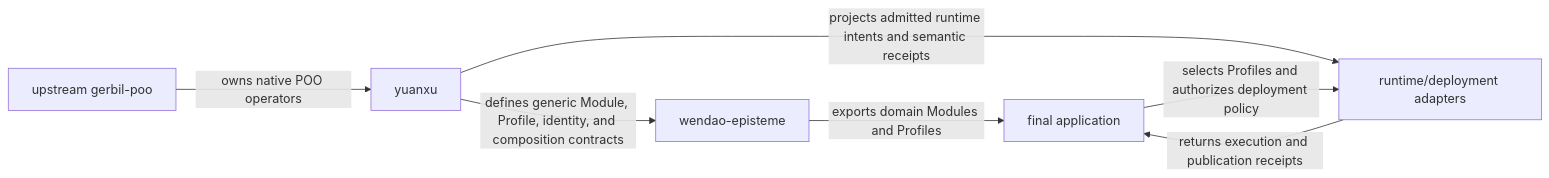
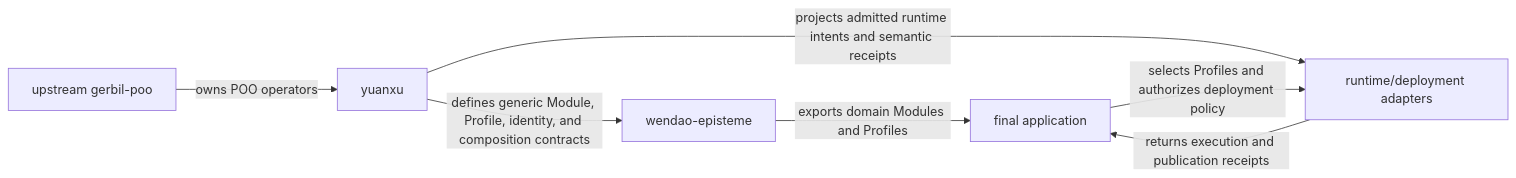
Before and after one commit to tao3k/gebril-yuanxu: the third of 3 diagrams in module-system/design/45-111-profile-ownership-naming-export-identity-and-composition-repository-boundaries.org, drawn with Mermaid. The commit also changed other lines of this file and 1469 other files, not shown here.

```diff
--- a/module-system/design/45-111-profile-ownership-naming-export-identity-and-composition-repository-boundaries.org
+++ b/module-system/design/45-111-profile-ownership-naming-export-identity-and-composition-repository-boundaries.org
@@ -541,9 +541,9 @@
 #+begin_src mermaid
 flowchart LR
-  P["upstream gerbil-poo"] -->|"owns native POO operators"| C["yuanxu"]
+  P["upstream gerbil-poo"] -->|"owns POO operators"| C["yuanxu"]
   C -->|"defines generic Module, Profile, identity, and composition contracts"| W["wendao-episteme"]
   W -->|"exports domain Modules and Profiles"| A["final application"]
   C -->|"projects admitted runtime intents and semantic receipts"| R["runtime/deployment adapters"]
   A -->|"selects Profiles and authorizes deployment policy"| R
   R -->|"returns execution and publication receipts"| A
 #+end_src
```
